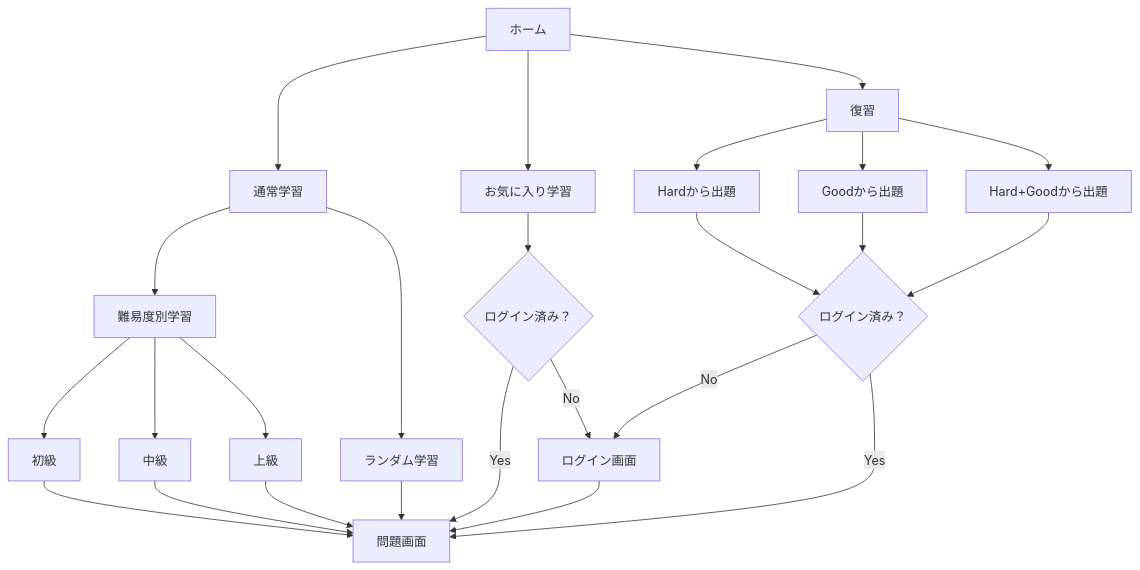
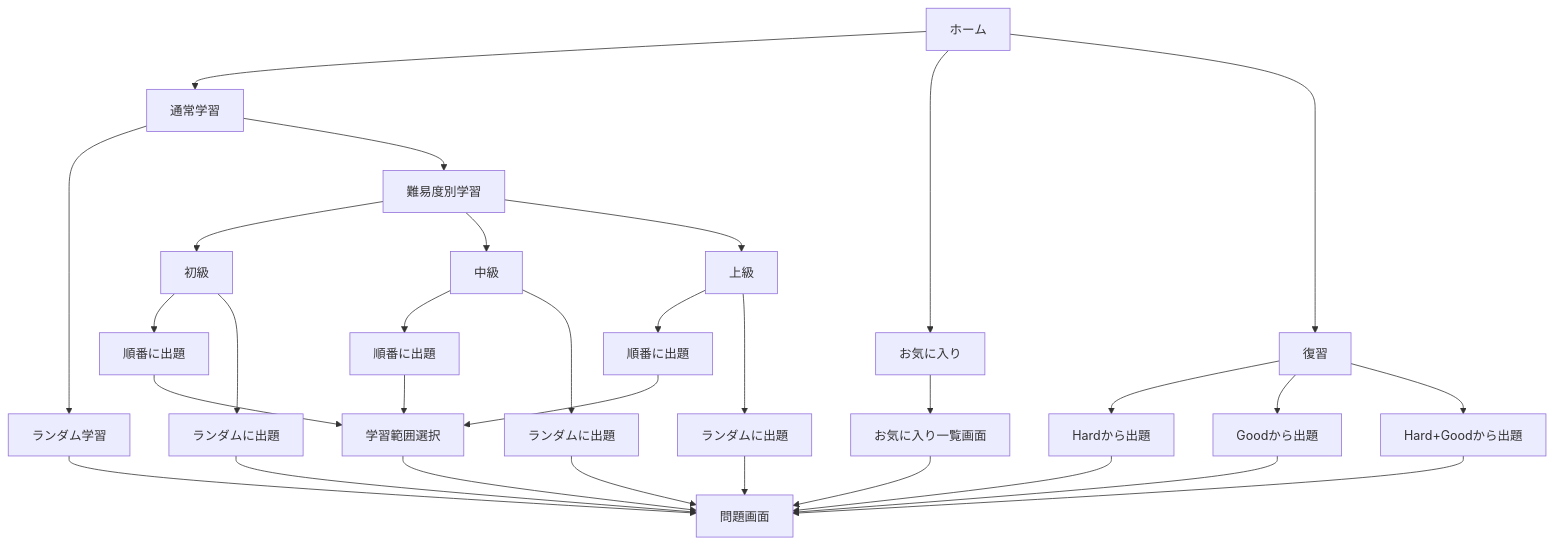
The second of 2 diagrams in docs/screen-transition.md (mawsonlakes790913/english-output-trainer), drawn with Mermaid before and after one commit.

Commit message:
modify screen-transition

````diff
--- a/docs/screen-transition.md
+++ b/docs/screen-transition.md
@@ -45,39 +45,65 @@
 ```mermaid
 flowchart TD
 
 A[ホーム]
 
 A --> B[通常学習]
-A --> C[お気に入り学習]
+A --> C[お気に入り]
 A --> D[復習]
+
+%% 通常学習
 
 B --> E[ランダム学習]
 B --> F[難易度別学習]
+
+E --> J[問題画面]
+
+%% 難易度別学習
 
 F --> G[初級]
 F --> H[中級]
 F --> I[上級]
 
-G --> J[問題画面]
-H --> J
-I --> J
-E --> J
+%% 初級
 
-C --> N{ログイン済み？}
+G --> G1[順番に出題]
+G --> G2[ランダムに出題]
 
-N -->|Yes| J
-N -->|No| O[ログイン画面]
+G1 --> S[学習範囲選択]
+G2 --> J
 
-O --> J
+%% 中級
 
-D --> K[Hardから出題]
-D --> L[Goodから出題]
-D --> M[Hard+Goodから出題]
+H --> H1[順番に出題]
+H --> H2[ランダムに出題]
 
-K --> P{ログイン済み？}
-L --> P
-M --> P
+H1 --> S
+H2 --> J
 
-P -->|Yes| J
-P -->|No| O
+%% 上級
+
+I --> I1[順番に出題]
+I --> I2[ランダムに出題]
+
+I1 --> S
+I2 --> J
+
+%% 学習範囲選択
+
+S --> J
+
+%% お気に入り
+
+C --> K[お気に入り一覧画面]
+K --> J
+
+%% 復習
+
+D --> L[Hardから出題]
+D --> M[Goodから出題]
+D --> N[Hard+Goodから出題]
+
+L --> J
+M --> J
+N --> J
 ```
````
